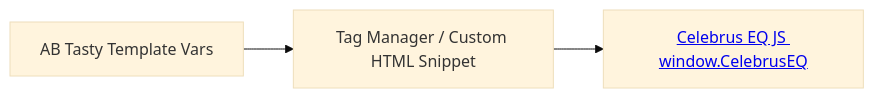
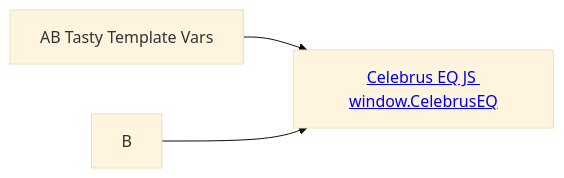
The diagram in README.md (valoudefou/shopify-headless-checkout-pixel), drawn with Mermaid (base theme) before and after one commit.

````diff
--- a/README.md
+++ b/README.md
@@ -53,6 +53,6 @@
 ```mermaid
 flowchart LR
-    A[AB Tasty Template Vars] --> B[Tag Manager / Custom HTML Snippet]
+A[AB Tasty Template Vars] --> C[<a href="https://docs.celebrus.com/js-library" target="_blank">Celebrus EQ JS window.CelebrusEQ</a>]
     B --> C[<a href="https://docs.celebrus.com/js-library" target="_blank">Celebrus EQ JS window.CelebrusEQ</a>]
 
 ```
````
